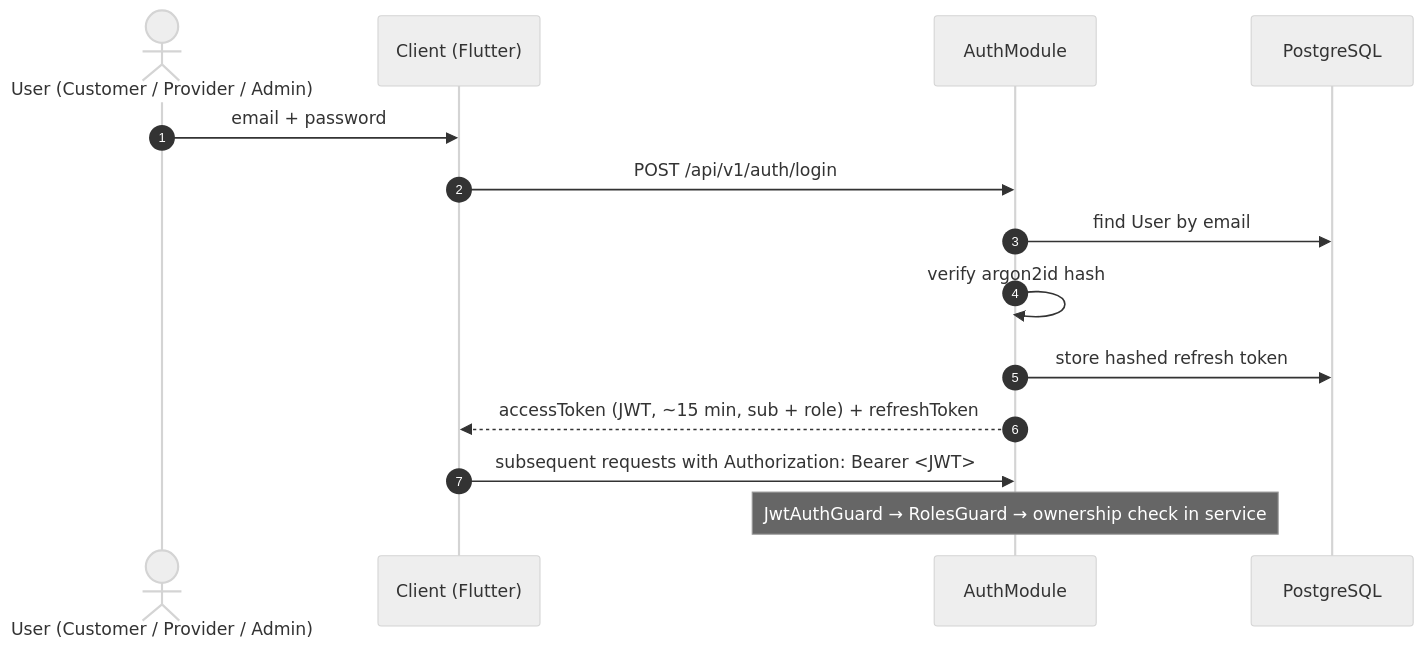
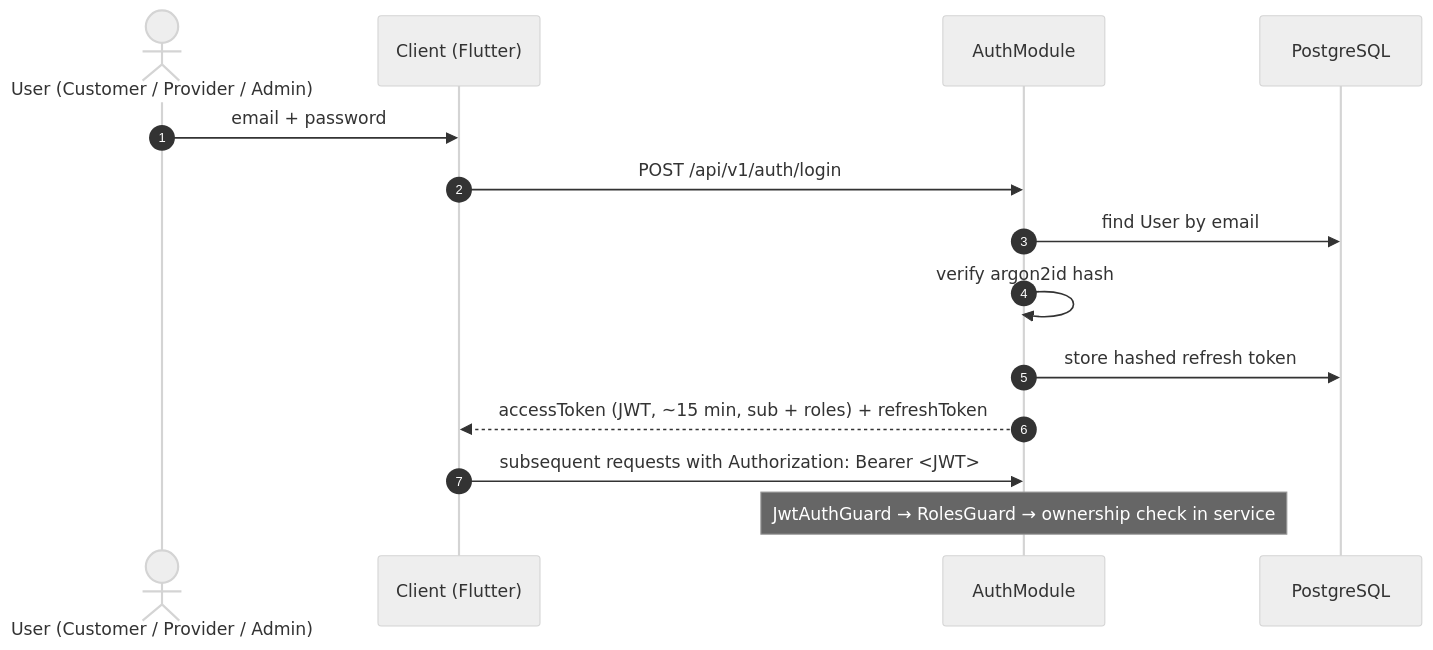
One commit to asrdjan/lease-platform changed the fourth of 8 diagrams in docs/03-high-level-architecture.md. Above: the diagram before and after it, drawn with Mermaid (neutral theme). The commit also changed other lines of this file and 3 other files, not shown here.

Commit message:
docs: record pilot product decisions (D-01..D-09) and align requirements and architecture

````diff
--- a/docs/03-high-level-architecture.md
+++ b/docs/03-high-level-architecture.md
@@ -178,16 +182,16 @@
 ```mermaid
 sequenceDiagram
     autonumber
     actor U as User (Customer / Provider / Admin)
     participant C as Client (Flutter)
     participant A as AuthModule
     participant DB as PostgreSQL
     U->>C: email + password
     C->>A: POST /api/v1/auth/login
     A->>DB: find User by email
     A->>A: verify argon2id hash
     A->>DB: store hashed refresh token
-    A-->>C: accessToken (JWT, ~15 min, sub + role) + refreshToken
+    A-->>C: accessToken (JWT, ~15 min, sub + roles) + refreshToken
     C->>A: subsequent requests with Authorization: Bearer <JWT>
     Note over A: JwtAuthGuard → RolesGuard → ownership check in service
 ```
````
